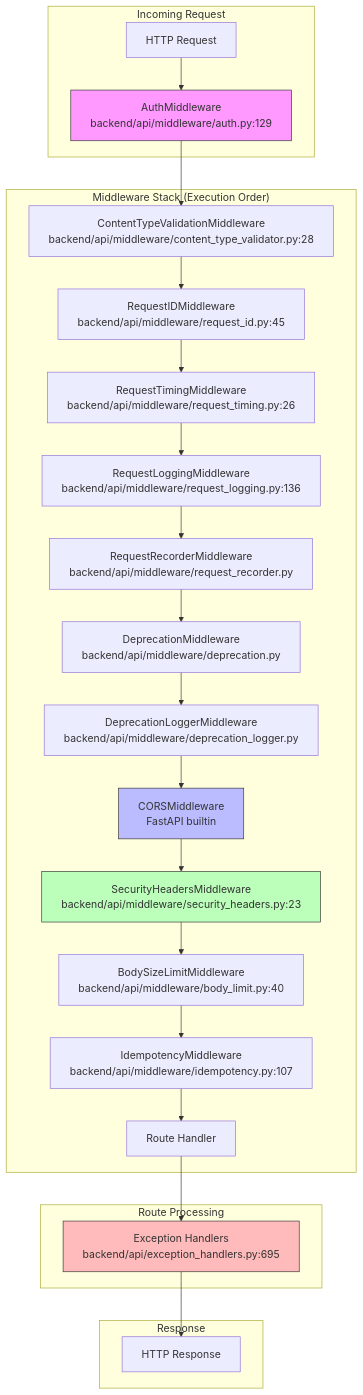
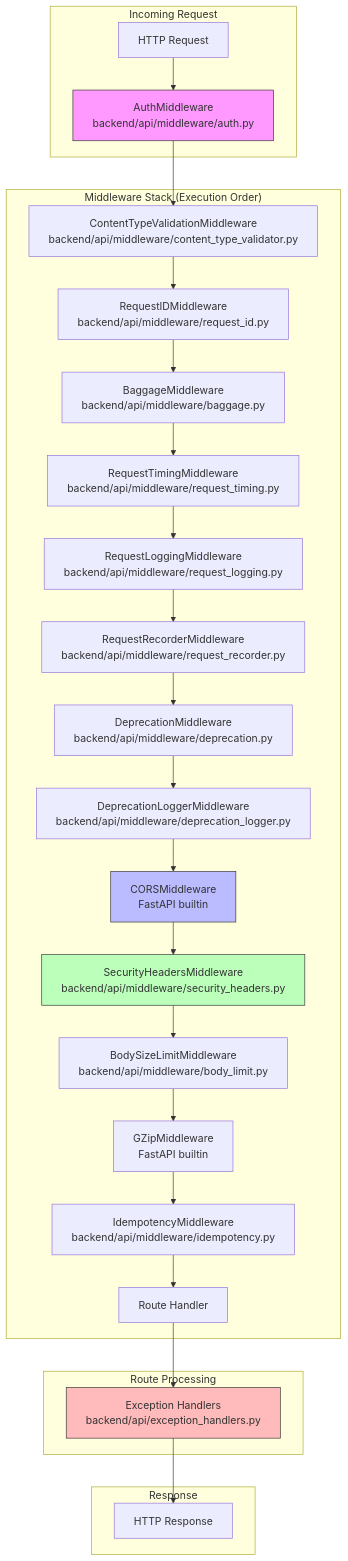
One commit to mikesvoboda/nemotron-v3-home-security-intelligence changed the diagram in docs/architecture/middleware/README.md. Above: the diagram before and after it, drawn with Mermaid. The commit also changed other lines of this file and 204 other files, not shown here.

````diff
--- a/docs/architecture/middleware/README.md
+++ b/docs/architecture/middleware/README.md
@@ -25,35 +25,37 @@
 ```mermaid
 graph TD
     subgraph "Incoming Request"
         REQ[HTTP Request] --> AUTH
     end
 
     subgraph "Middleware Stack (Execution Order)"
-        AUTH[AuthMiddleware<br/>backend/api/middleware/auth.py:129] --> CT
-        CT[ContentTypeValidationMiddleware<br/>backend/api/middleware/content_type_validator.py:28] --> RID
-        RID[RequestIDMiddleware<br/>backend/api/middleware/request_id.py:45] --> RT
-        RT[RequestTimingMiddleware<br/>backend/api/middleware/request_timing.py:26] --> RL
-        RL[RequestLoggingMiddleware<br/>backend/api/middleware/request_logging.py:136] --> RR
+        AUTH[AuthMiddleware<br/>backend/api/middleware/auth.py] --> CT
+        CT[ContentTypeValidationMiddleware<br/>backend/api/middleware/content_type_validator.py] --> RID
+        RID[RequestIDMiddleware<br/>backend/api/middleware/request_id.py] --> BAG
+        BAG[BaggageMiddleware<br/>backend/api/middleware/baggage.py] --> RT
+        RT[RequestTimingMiddleware<br/>backend/api/middleware/request_timing.py] --> RL
+        RL[RequestLoggingMiddleware<br/>backend/api/middleware/request_logging.py] --> RR
         RR[RequestRecorderMiddleware<br/>backend/api/middleware/request_recorder.py] --> DEP
         DEP[DeprecationMiddleware<br/>backend/api/middleware/deprecation.py] --> DEPL
         DEPL[DeprecationLoggerMiddleware<br/>backend/api/middleware/deprecation_logger.py] --> CORS
         CORS[CORSMiddleware<br/>FastAPI builtin] --> SEC
-        SEC[SecurityHeadersMiddleware<br/>backend/api/middleware/security_headers.py:23] --> BL
-        BL[BodySizeLimitMiddleware<br/>backend/api/middleware/body_limit.py:40] --> IDEM
-        IDEM[IdempotencyMiddleware<br/>backend/api/middleware/idempotency.py:107] --> ROUTE
+        SEC[SecurityHeadersMiddleware<br/>backend/api/middleware/security_headers.py] --> BL
+        BL[BodySizeLimitMiddleware<br/>backend/api/middleware/body_limit.py] --> GZIP
+        GZIP[GZipMiddleware<br/>FastAPI builtin] --> IDEM
+        IDEM[IdempotencyMiddleware<br/>backend/api/middleware/idempotency.py] --> ROUTE
     end
 
     subgraph "Route Processing"
         ROUTE[Route Handler] --> EH
-        EH[Exception Handlers<br/>backend/api/exception_handlers.py:695]
+        EH[Exception Handlers<br/>backend/api/exception_handlers.py]
     end
 
     subgraph "Response"
         EH --> RESP[HTTP Response]
     end
 
     style AUTH fill:#f9f,stroke:#333
     style CORS fill:#bbf,stroke:#333
     style SEC fill:#bfb,stroke:#333
     style EH fill:#fbb,stroke:#333
 ```
````
